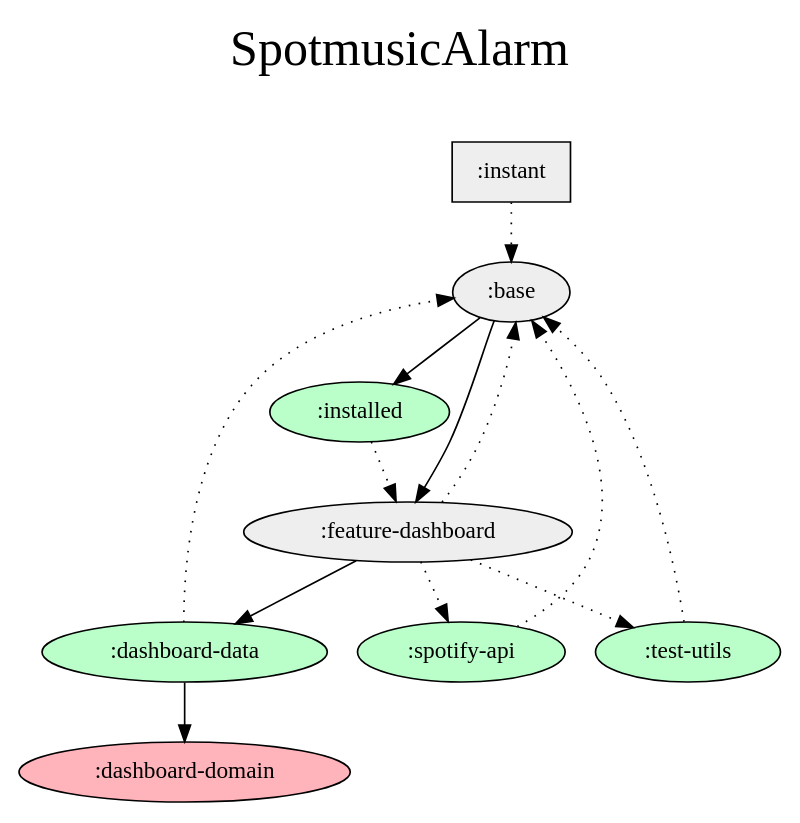
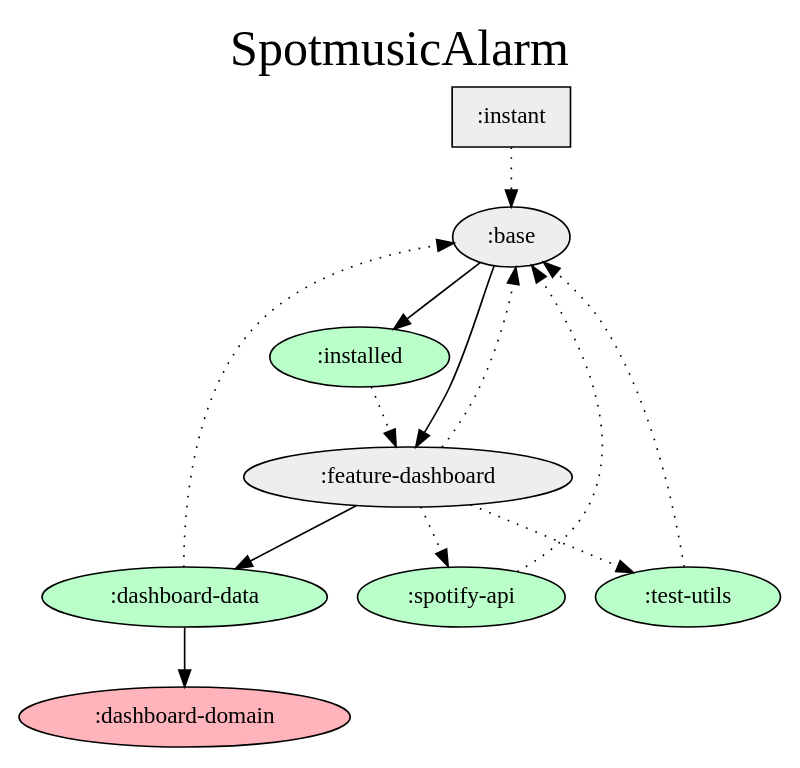
The diagram in project-dependency-graph/project.dot (orogersilva/spotmusic-alarm-android), drawn with Graphviz before and after one commit. The commit also changed 2 other files, not shown here.

Commit message:
Fix project name on project dependency graph.

```diff
--- a/project-dependency-graph/project.dot
+++ b/project-dependency-graph/project.dot
@@ -1,33 +1,33 @@
 digraph {
-  graph [label="SpotmusicAlarm\n ",labelloc=t,fontsize=30];
+  graph [label=SpotmusicAlarm,labelloc=t,fontsize=30];
   node [style=filled, fillcolor="#bbbbbb"];
   rankdir=TB;
 
   # Projects
 
   ":base" [fillcolor="#eeeeee"];
   ":dashboard-data" [fillcolor="#baffc9"];
   ":dashboard-domain" [fillcolor="#ffb3ba"];
   ":feature-dashboard" [fillcolor="#eeeeee"];
   ":installed" [fillcolor="#baffc9"];
   ":instant" [shape=box, fillcolor="#eeeeee"];
   ":spotify-api" [fillcolor="#baffc9"];
   ":test-utils" [fillcolor="#baffc9"];
 
   {rank = same; ":instant";}
 
   # Dependencies
 
   ":base" -> ":installed"
   ":base" -> ":feature-dashboard"
   ":dashboard-data" -> ":dashboard-domain"
   ":dashboard-data" -> ":base" [style=dotted]
   ":feature-dashboard" -> ":dashboard-data"
   ":feature-dashboard" -> ":base" [style=dotted]
   ":feature-dashboard" -> ":spotify-api" [style=dotted]
   ":feature-dashboard" -> ":test-utils" [style=dotted]
   ":installed" -> ":feature-dashboard" [style=dotted]
   ":instant" -> ":base" [style=dotted]
   ":spotify-api" -> ":base" [style=dotted]
   ":test-utils" -> ":base" [style=dotted]
 }
```
